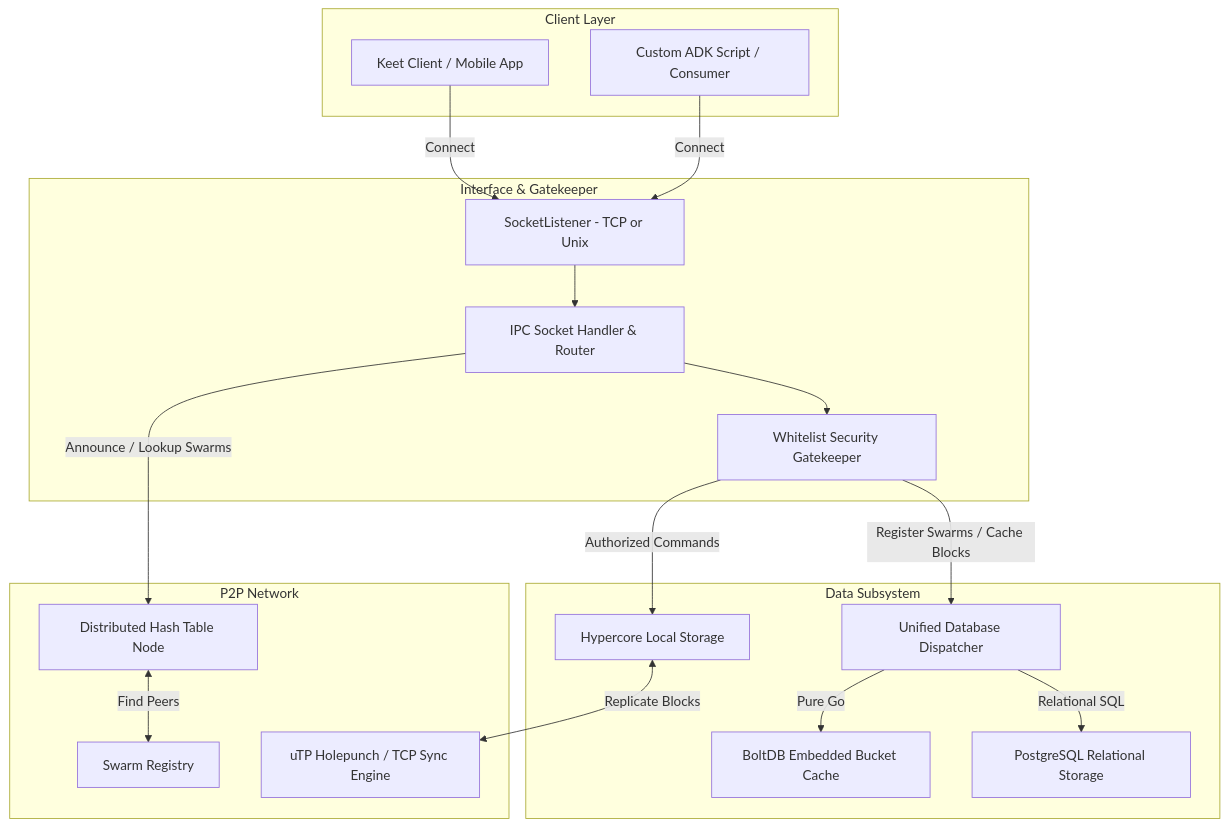
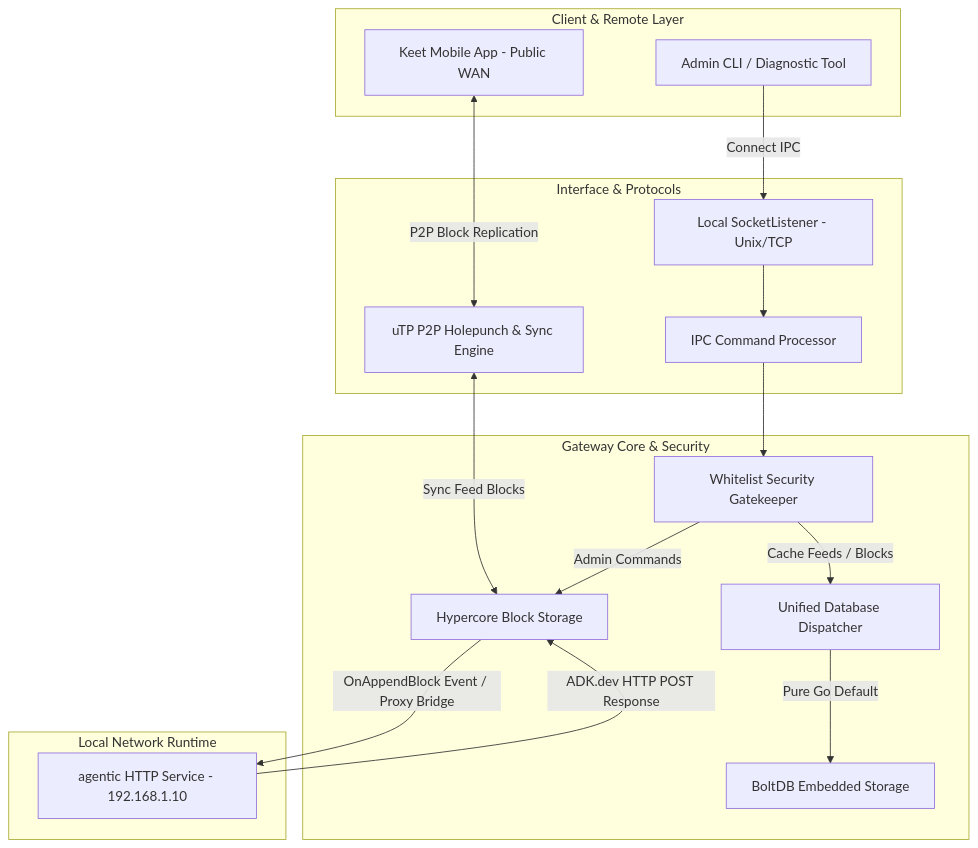
The first of 2 diagrams in docs/ARCHITECTURE.md (innomon/keet-agent), drawn with Mermaid before and after one commit. The commit also changed other lines of this file, not shown here.

````diff
--- a/docs/ARCHITECTURE.md
+++ b/docs/ARCHITECTURE.md
@@ -13,39 +13,37 @@
 ```mermaid
 graph TD
-    subgraph Client Layer
-        KC[Keet Client / Mobile App]
-        CS[Custom ADK Script / Consumer]
+    subgraph Client & Remote Layer
+        KMA[Keet Mobile App - Public WAN]
+        ADMC[Admin CLI / Diagnostic Tool]
     end
 
-    subgraph Interface & Gatekeeper
-        SL[SocketListener - TCP or Unix]
-        IPCP[IPC Socket Handler & Router]
-        WLG[Whitelist Security Gatekeeper]
+    subgraph Interface & Protocols
+        UTP[uTP P2P Holepunch & Sync Engine]
+        SL[Local SocketListener - Unix/TCP]
+        IPCP[IPC Command Processor]
     end
 
-    subgraph Data Subsystem
-        HS[Hypercore Local Storage]
+    subgraph Gateway Core & Security
+        WLG[Whitelist Security Gatekeeper]
+        HS[Hypercore Block Storage]
         DB[Unified Database Dispatcher]
-        BB[BoltDB Embedded Bucket Cache]
-        PG[PostgreSQL Relational Storage]
+        BB[BoltDB Embedded Storage]
     end
 
-    subgraph P2P Network
-        DHTN[Distributed Hash Table Node]
-        SR[Swarm Registry]
-        UTP[uTP Holepunch / TCP Sync Engine]
+    subgraph Local Network Runtime
+        AGT[agentic HTTP Service - 192.168.1.10]
     end
 
-    KC -->|Connect| SL
-    CS -->|Connect| SL
+    KMA <-->|P2P Block Replication| UTP
+    UTP <-->|Sync Feed Blocks| HS
+    
+    ADMC -->|Connect IPC| SL
     SL --> IPCP
     IPCP --> WLG
-    WLG -->|Authorized Commands| HS
-    WLG -->|Register Swarms / Cache Blocks| DB
-    DB -->|Pure Go| BB
-    DB -->|Relational SQL| PG
+    WLG -->|Admin Commands| HS
+    WLG -->|Cache Feeds / Blocks| DB
+    DB -->|Pure Go Default| BB
     
-    IPCP -->|Announce / Lookup Swarms| DHTN
-    DHTN <-->|Find Peers| SR
-    HS <-->|Replicate Blocks| UTP
+    HS -->|OnAppendBlock Event / Proxy Bridge| AGT
+    AGT -->|ADK.dev HTTP POST Response| HS
 ```
````
